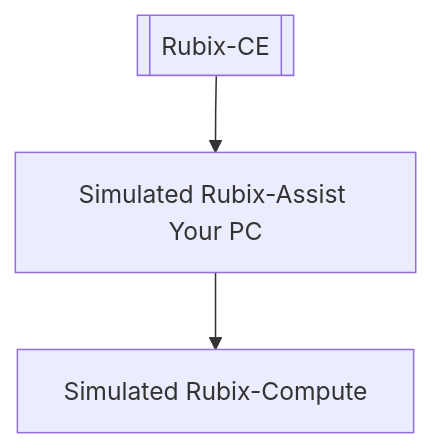
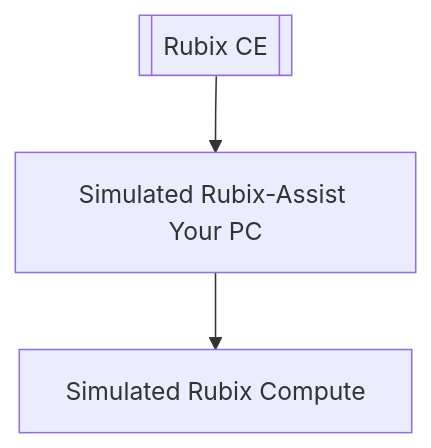
The third of 3 diagrams in docs/rubix-ce/setup/supervisor.md (NubeIO/rubix-ce-docs), drawn with Mermaid before and after one commit. The commit also changed other lines of this file and 3 other files, not shown here.

````diff
--- a/docs/rubix-ce/setup/supervisor.md
+++ b/docs/rubix-ce/setup/supervisor.md
@@ -82,5 +82,5 @@
 ```mermaid
 flowchart TD
-    A[[Rubix-CE]] --> C[-]
-    C[Simulated Rubix-Assist Your PC] --> D[Simulated Rubix-Compute]
+    A[[Rubix CE]] --> C[-]
+    C[Simulated Rubix-Assist Your PC] --> D[Simulated Rubix Compute]
 ```
````
